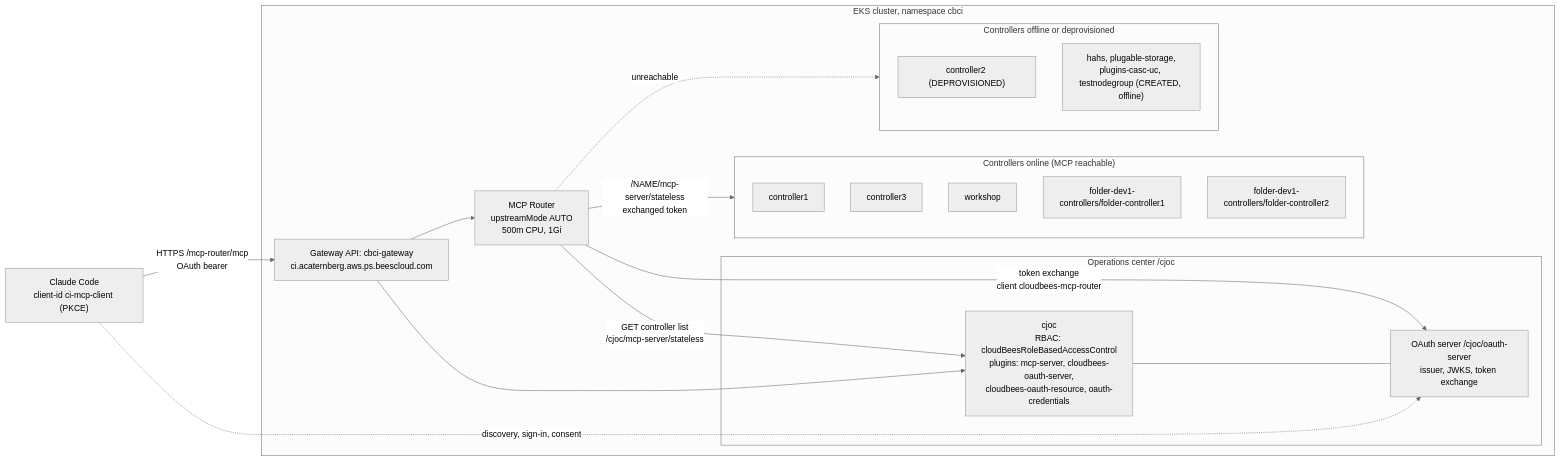
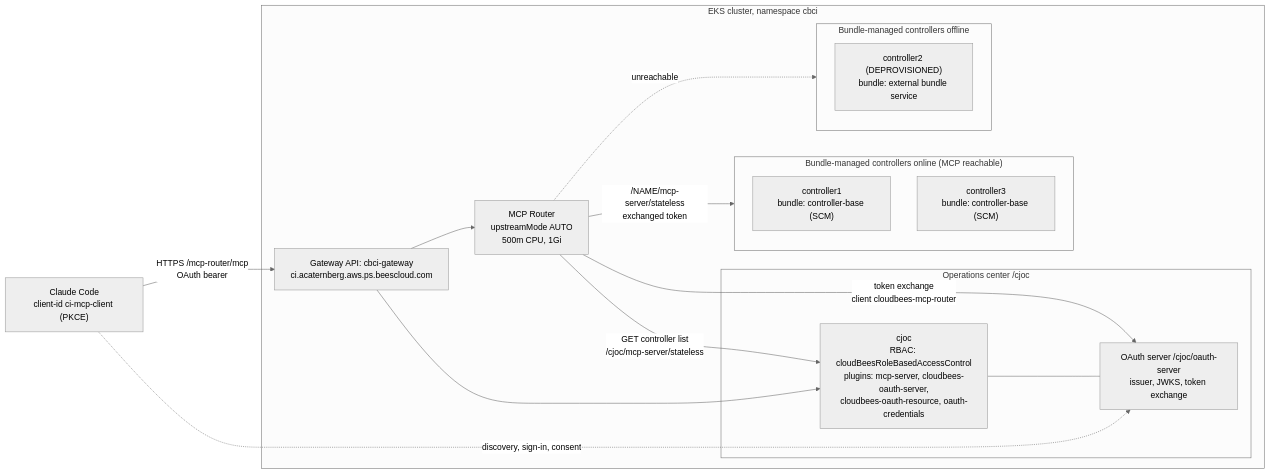
One commit to cb-ci/ci-gateway-api changed the third of 4 diagrams in MCP.md. Above: the diagram before and after it, drawn with Mermaid (neutral theme). The commit also changed other lines of this file and 1 other file, not shown here.

````diff
--- a/MCP.md
+++ b/MCP.md
@@ -86,37 +159,33 @@
 ```mermaid
 flowchart LR
     Agent["Claude Code<br/>client-id ci-mcp-client (PKCE)"]
 
     subgraph EKS["EKS cluster, namespace cbci"]
         GW["Gateway API: cbci-gateway<br/>ci.acaternberg.aws.ps.beescloud.com"]
         R["MCP Router<br/>upstreamMode AUTO<br/>500m CPU, 1Gi"]
 
         subgraph OCS["Operations center /cjoc"]
             OC["cjoc<br/>RBAC: cloudBeesRoleBasedAccessControl<br/>plugins: mcp-server, cloudbees-oauth-server,<br/>cloudbees-oauth-resource, oauth-credentials"]
             AS["OAuth server /cjoc/oauth-server<br/>issuer, JWKS, token exchange"]
         end
 
-        subgraph ON["Controllers online (MCP reachable)"]
-            C1["controller1"]
-            C3["controller3"]
-            W["workshop"]
-            F1["folder-dev1-controllers/folder-controller1"]
-            F2["folder-dev1-controllers/folder-controller2"]
+        subgraph ON["Bundle-managed controllers online (MCP reachable)"]
+            C1["controller1<br/>bundle: controller-base (SCM)"]
+            C3["controller3<br/>bundle: controller-base (SCM)"]
         end
 
-        subgraph OFF["Controllers offline or deprovisioned"]
-            C2["controller2 (DEPROVISIONED)"]
-            H["hahs, plugable-storage,<br/>plugins-casc-uc, testnodegroup (CREATED, offline)"]
+        subgraph OFF["Bundle-managed controllers offline"]
+            C2["controller2 (DEPROVISIONED)<br/>bundle: external bundle service"]
         end
     end
 
     Agent -->|"HTTPS /mcp-router/mcp<br/>OAuth bearer"| GW
     Agent -.->|"discovery, sign-in, consent"| AS
     GW --> R
     GW --> OC
     OC --- AS
     R -->|"GET controller list<br/>/cjoc/mcp-server/stateless"| OC
     R -->|"token exchange<br/>client cloudbees-mcp-router"| AS
     R -->|"/NAME/mcp-server/stateless<br/>exchanged token"| ON
     R -.->|"unreachable"| OFF
 ```
````
